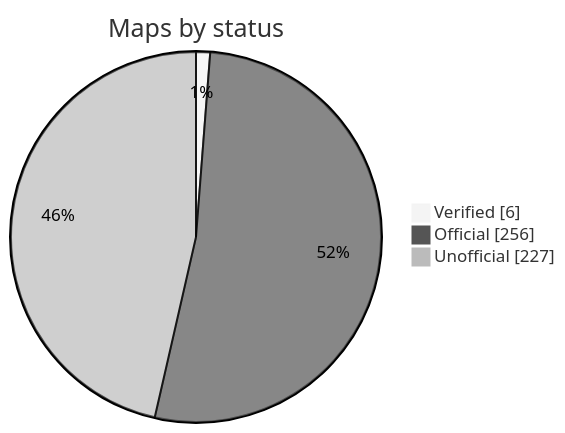
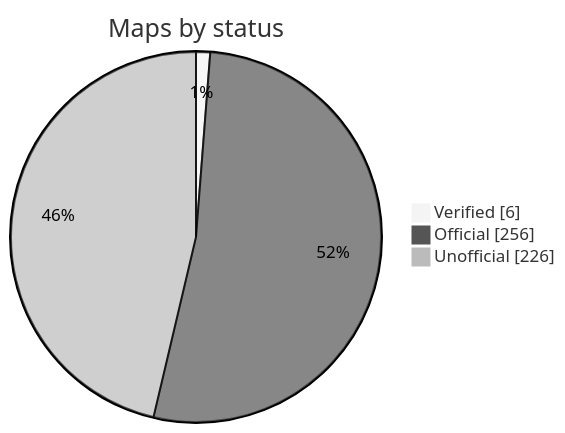
The diagram in README.md (nobrega8/mbmap-library), drawn with Mermaid (neutral theme) before and after one commit. The commit also changed 3 other files, not shown here.

````diff
--- a/README.md
+++ b/README.md
@@ -48,7 +48,7 @@
 ```mermaid
 pie showData
     title Maps by status
     "Verified" : 6
     "Official" : 256
-    "Unofficial" : 227
+    "Unofficial" : 226
 ```
````
